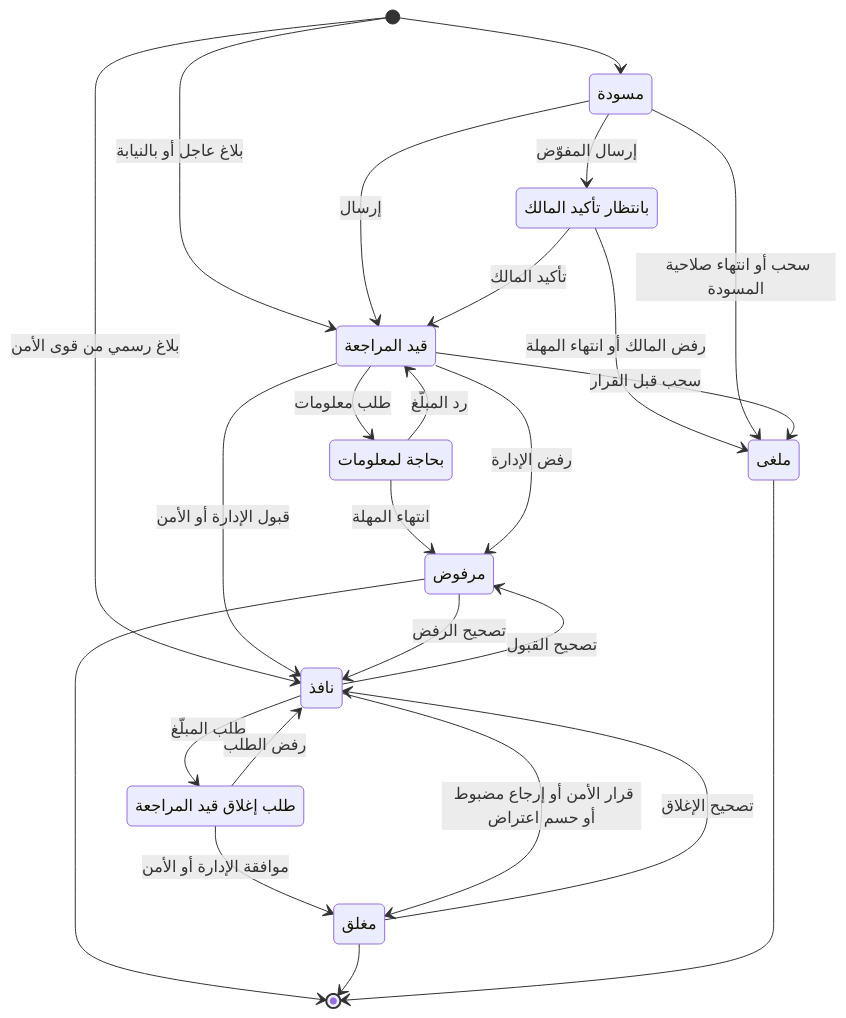
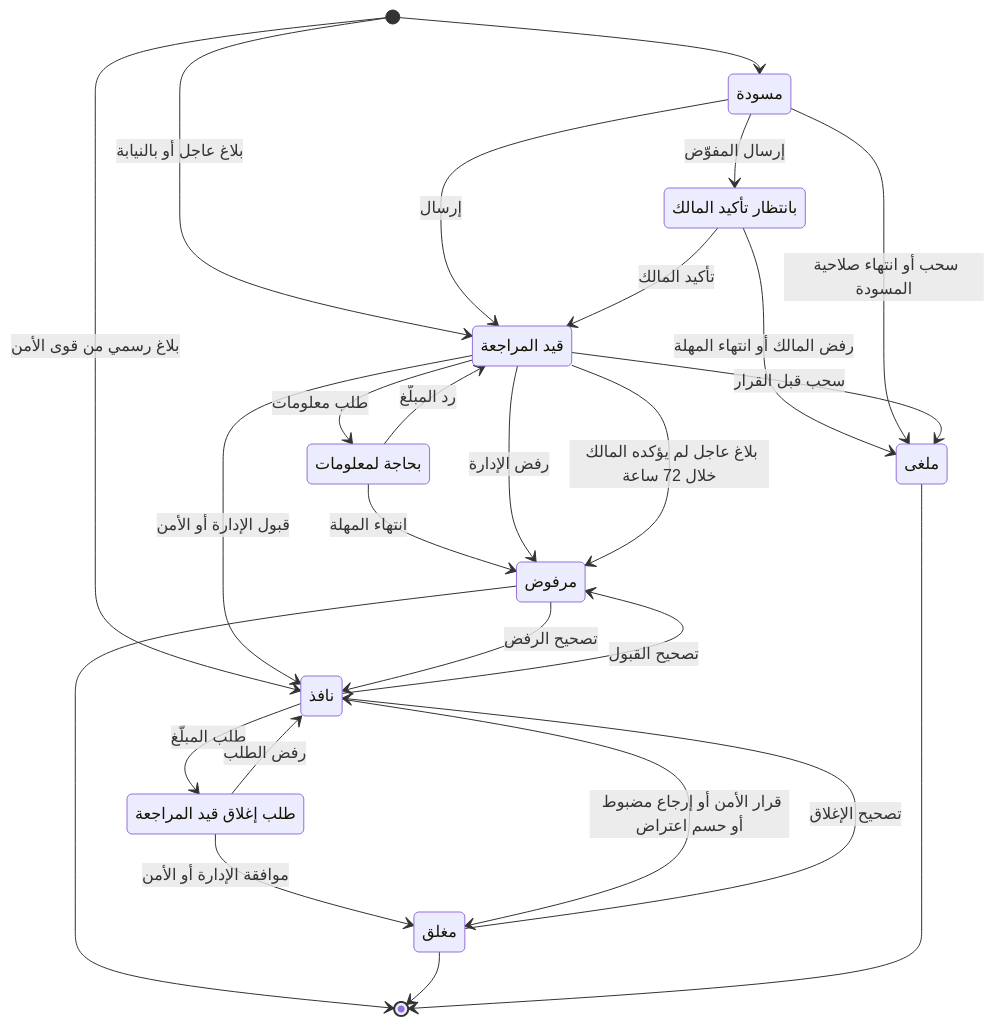
One commit to servacode/imei changed the eighth of 25 diagrams in docs/19-technical-design.md. Above: the diagram before and after it, drawn with Mermaid. The commit also changed other lines of this file and 1 other file, not shown here.

````diff
--- a/docs/19-technical-design.md
+++ b/docs/19-technical-design.md
@@ -1426,36 +1426,37 @@
 ```mermaid
 stateDiagram-v2
     state "مسودة" as Draft
     state "بانتظار تأكيد المالك" as AwaitingOwner
     state "قيد المراجعة" as Pending
     state "بحاجة لمعلومات" as NeedsInfo
     state "مرفوض" as Rejected
     state "نافذ" as Active
     state "طلب إغلاق قيد المراجعة" as ClosureRequested
     state "مغلق" as Closed
     state "ملغى" as Cancelled
     [*] --> Draft
     [*] --> Pending: بلاغ عاجل أو بالنيابة
     [*] --> Active: بلاغ رسمي من قوى الأمن
     Draft --> Pending: إرسال
     Draft --> AwaitingOwner: إرسال المفوّض
     AwaitingOwner --> Pending: تأكيد المالك
     AwaitingOwner --> Cancelled: رفض المالك أو انتهاء المهلة
     Draft --> Cancelled: سحب أو انتهاء صلاحية المسودة
     Pending --> NeedsInfo: طلب معلومات
     NeedsInfo --> Pending: رد المبلّغ
     NeedsInfo --> Rejected: انتهاء المهلة
     Pending --> Rejected: رفض الإدارة
+    Pending --> Rejected: بلاغ عاجل لم يؤكده المالك خلال 72 ساعة
     Pending --> Active: قبول الإدارة أو الأمن
     Pending --> Cancelled: سحب قبل القرار
     Active --> ClosureRequested: طلب المبلّغ
     ClosureRequested --> Active: رفض الطلب
     ClosureRequested --> Closed: موافقة الإدارة أو الأمن
     Active --> Closed: قرار الأمن أو إرجاع مضبوط أو حسم اعتراض
     Active --> Rejected: تصحيح القبول
     Rejected --> Active: تصحيح الرفض
     Closed --> Active: تصحيح الإغلاق
     Rejected --> [*]
     Closed --> [*]
     Cancelled --> [*]
 ```
````
